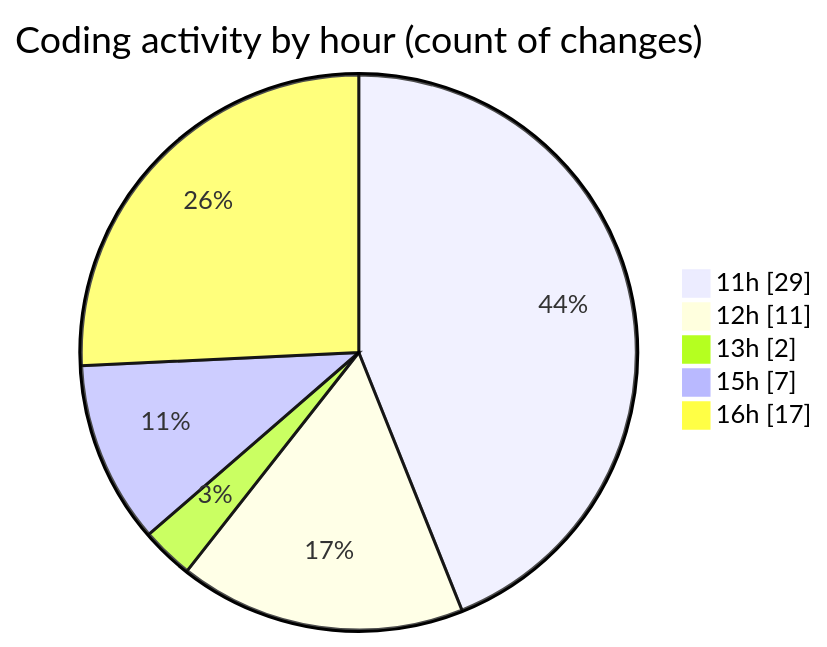
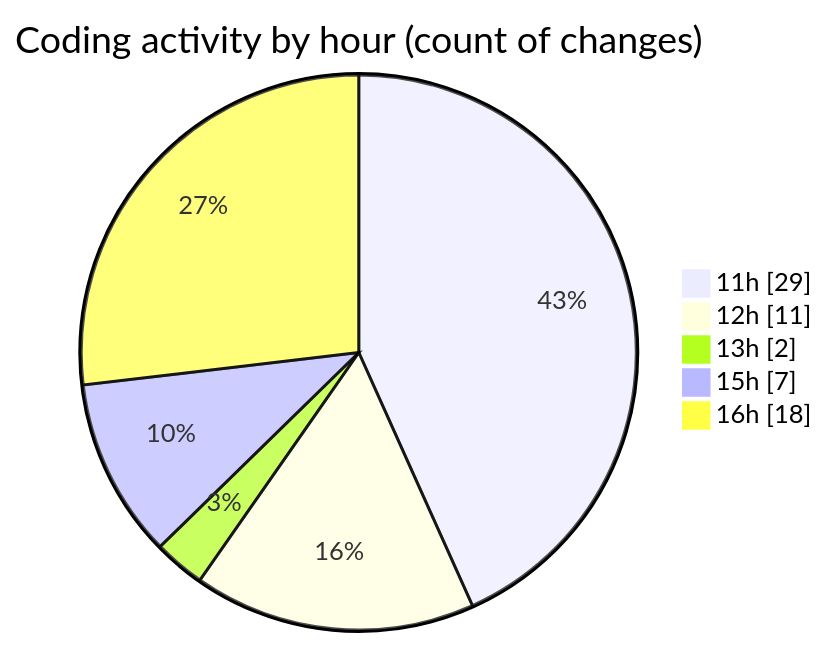
Before and after one commit to nxtqubesakshisongat/code-tracking: the second of 2 diagrams in 2025-11-05/nxtqube_webapp/README.md, drawn with Mermaid. The commit also changed other lines of this file and 1 other file, not shown here.

````diff
--- a/2025-11-05/nxtqube_webapp/README.md
+++ b/2025-11-05/nxtqube_webapp/README.md
@@ -38,9 +39,9 @@
 ```mermaid
 pie showData
 title Coding activity by hour (count of changes)
 "11h" : 29
 "12h" : 11
 "13h" : 2
 "15h" : 7
-"16h" : 17
+"16h" : 18
 ```
````
